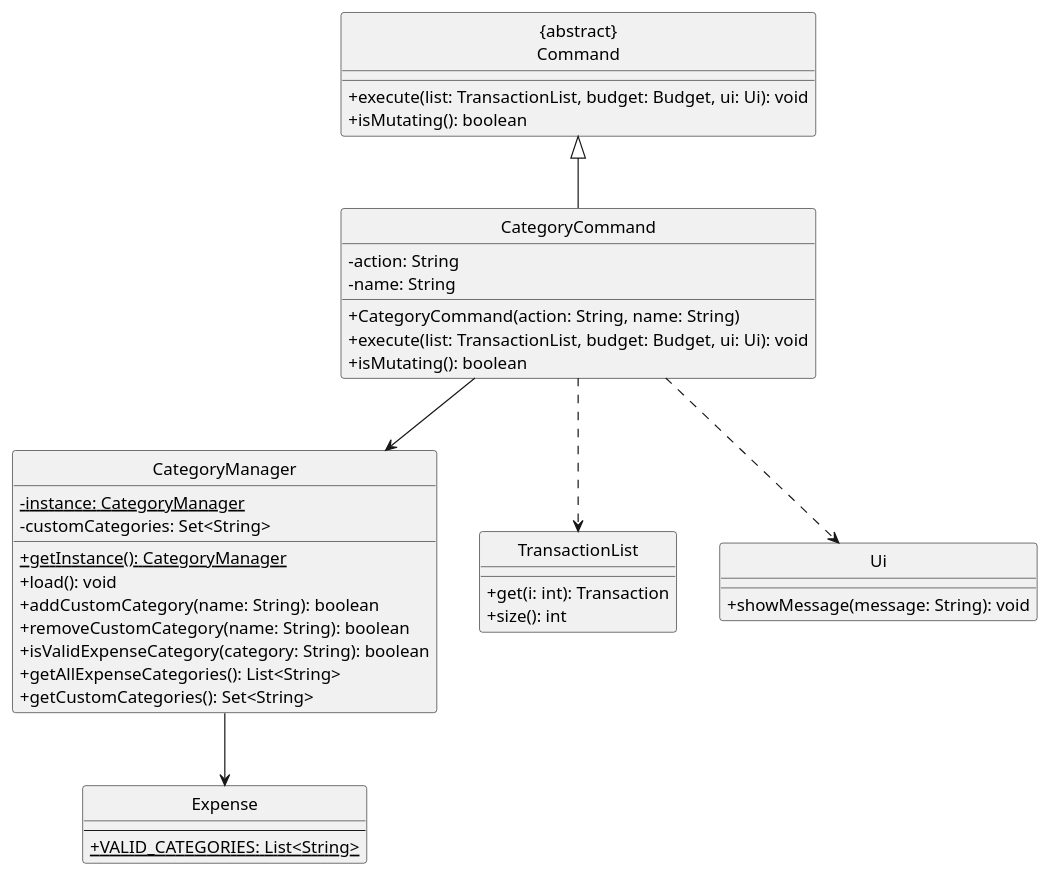
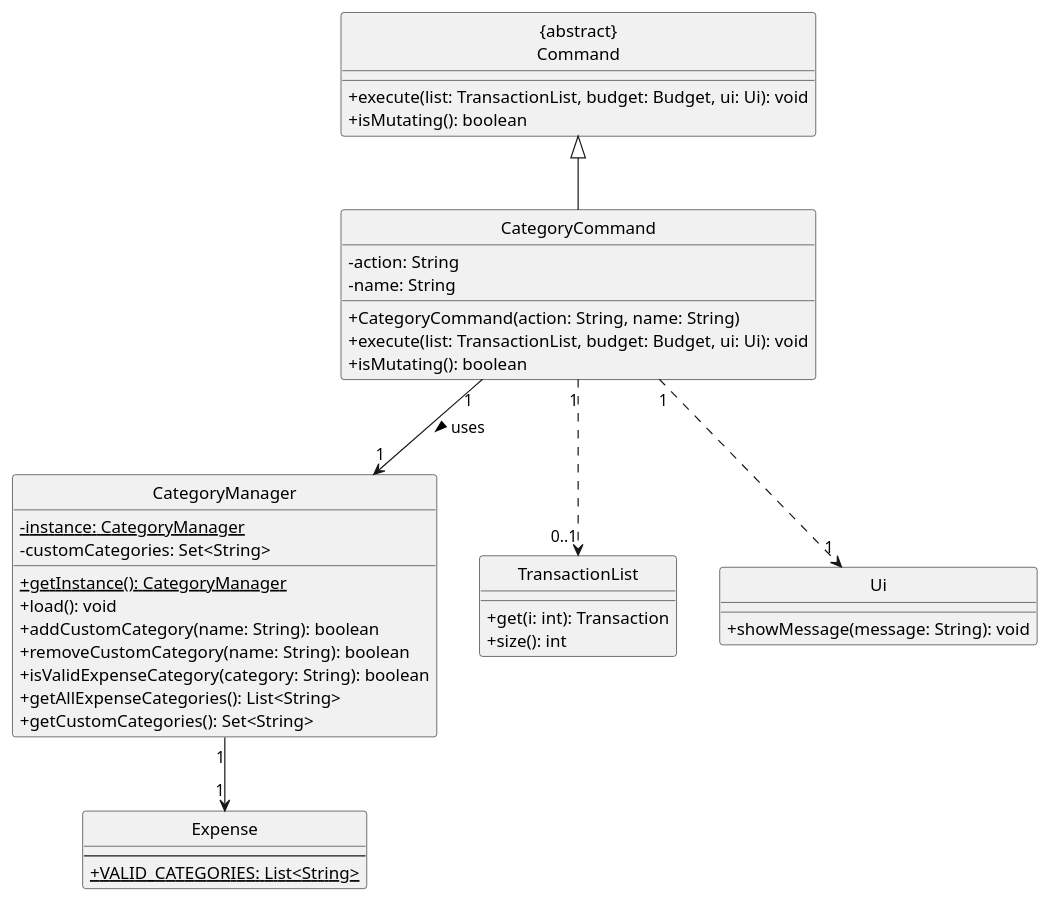
One commit to benthejarofmint/tp changed the diagram in docs/diagrams/CategoryClassDiagram.puml. Above: the diagram before and after it, drawn with PlantUML. The commit also changed 1 other file, not shown here.

Commit message:
Update CategoryClass Diagram and it's PNG

```diff
--- a/docs/diagrams/CategoryClassDiagram.puml
+++ b/docs/diagrams/CategoryClassDiagram.puml
@@ -1,50 +1,50 @@
 @startuml CategoryClassDiagram
 hide circle
 
 skinparam classAttributeIconSize 0
 
 class "{abstract}\nCommand" as Command {
   +execute(list: TransactionList, budget: Budget, ui: Ui): void
   +isMutating(): boolean
 }
 
 class CategoryCommand {
   -action: String
   -name: String
   +CategoryCommand(action: String, name: String)
   +execute(list: TransactionList, budget: Budget, ui: Ui): void
   +isMutating(): boolean
 }
 
 class CategoryManager {
   {static} -instance: CategoryManager
   -customCategories: Set<String>
   {static} +getInstance(): CategoryManager
   +load(): void
   +addCustomCategory(name: String): boolean
   +removeCustomCategory(name: String): boolean
   +isValidExpenseCategory(category: String): boolean
   +getAllExpenseCategories(): List<String>
   +getCustomCategories(): Set<String>
 }
 
 class TransactionList {
   +get(i: int): Transaction
   +size(): int
 }
 
 class Ui {
   +showMessage(message: String): void
 }
 
 class Expense {
   --
   {static} +VALID_CATEGORIES: List<String>
 }
 
 Command <|-- CategoryCommand
-CategoryCommand --> CategoryManager
-CategoryCommand ..> TransactionList
-CategoryCommand ..> Ui
-CategoryManager --> Expense
+CategoryCommand "1" --> "1" CategoryManager : uses >
+CategoryCommand "1" ..> "0..1" TransactionList
+CategoryCommand "1" ..> "1" Ui
+CategoryManager "1" --> "1" Expense
 @enduml
```
